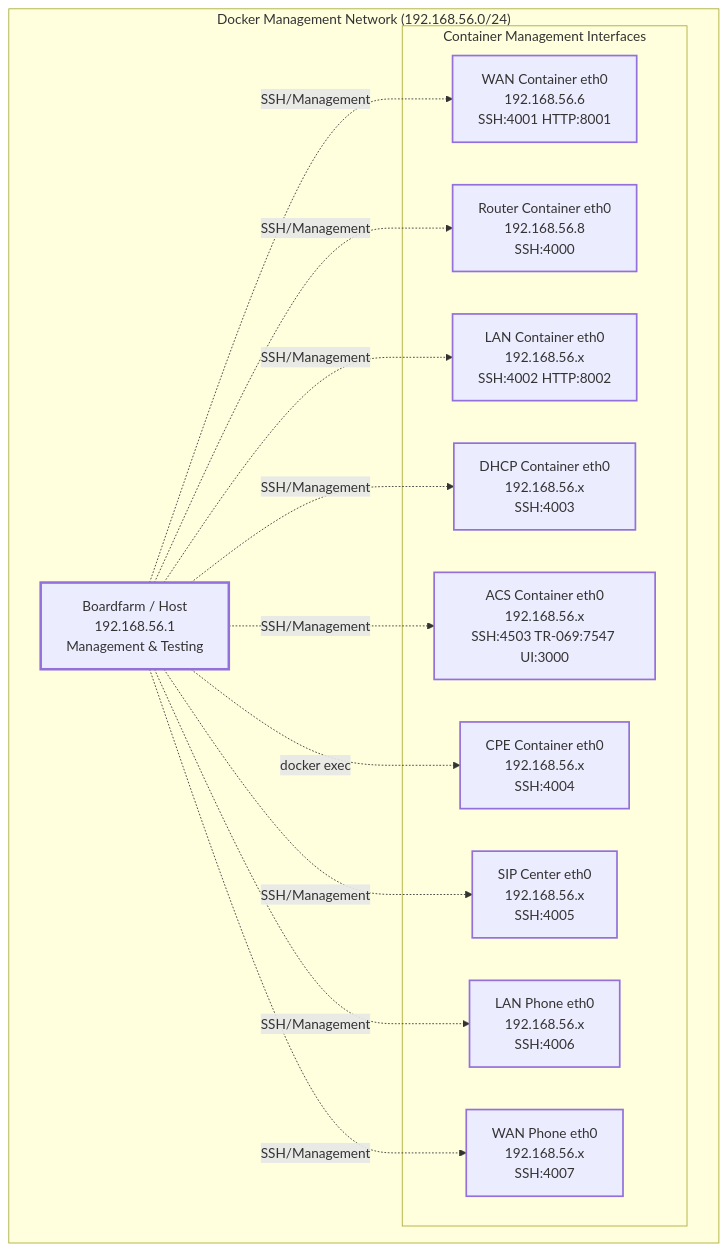
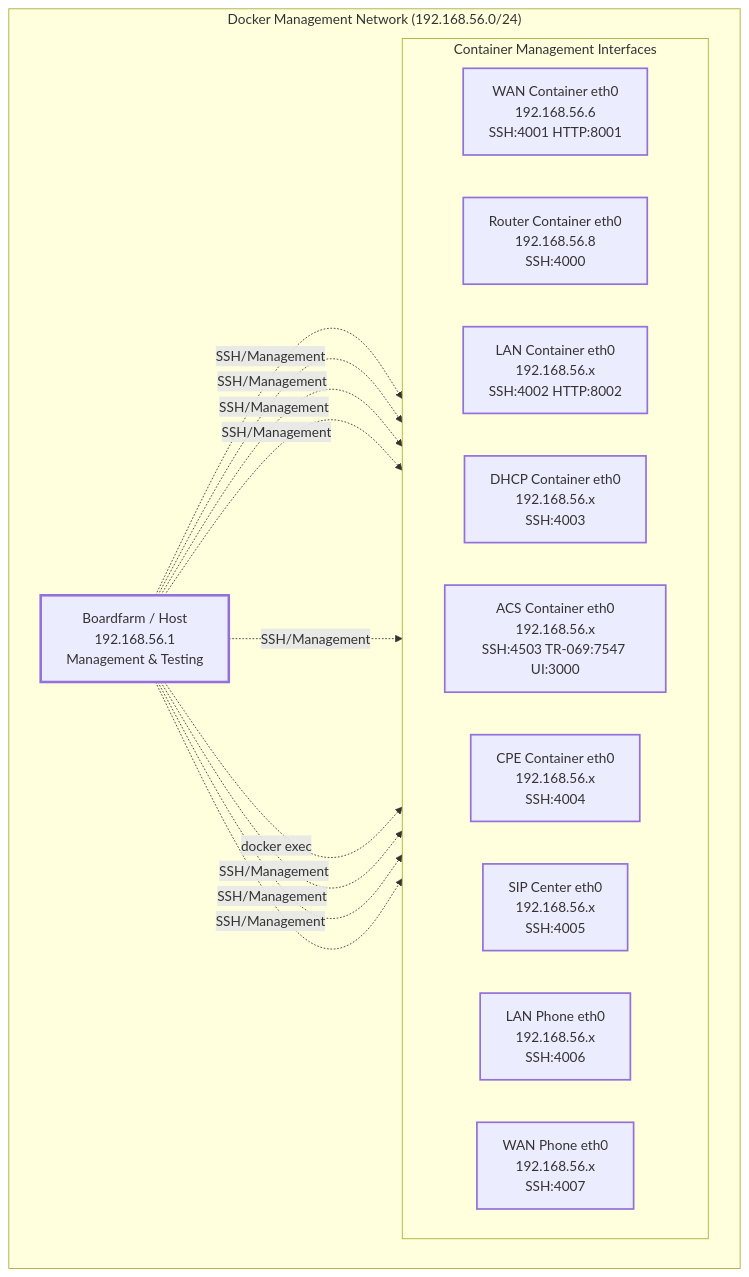
Before and after one commit to alottabits/boardfarm-bdd: the first of 2 diagrams in docs/Testbed Network Topology.md, drawn with Mermaid.

Commit message:
further enhancing the Network topology documentation

````diff
--- a/docs/Testbed Network Topology.md
+++ b/docs/Testbed Network Topology.md
@@ -40,36 +40,37 @@
 ```mermaid
 graph TB
     subgraph "Docker Management Network (192.168.56.0/24)"
         MGMT[Boardfarm / Host<br/>192.168.56.1<br/>Management & Testing]
         
         subgraph "Container Management Interfaces"
+            direction LR
             WAN_MGMT[WAN Container eth0<br/>192.168.56.6<br/>SSH:4001 HTTP:8001]
             ROUTER_MGMT[Router Container eth0<br/>192.168.56.8<br/>SSH:4000]
             LAN_MGMT[LAN Container eth0<br/>192.168.56.x<br/>SSH:4002 HTTP:8002]
             DHCP_MGMT[DHCP Container eth0<br/>192.168.56.x<br/>SSH:4003]
             ACS_MGMT[ACS Container eth0<br/>192.168.56.x<br/>SSH:4503 TR-069:7547 UI:3000]
             CPE_MGMT[CPE Container eth0<br/>192.168.56.x<br/>SSH:4004]
             SIP_MGMT[SIP Center eth0<br/>192.168.56.x<br/>SSH:4005]
             LAN_PHONE_MGMT[LAN Phone eth0<br/>192.168.56.x<br/>SSH:4006]
             WAN_PHONE_MGMT[WAN Phone eth0<br/>192.168.56.x<br/>SSH:4007]
         end
     end
     
     %% Management Connections
     MGMT -.->|SSH/Management| WAN_MGMT
     MGMT -.->|SSH/Management| ROUTER_MGMT
     MGMT -.->|SSH/Management| LAN_MGMT
     MGMT -.->|SSH/Management| DHCP_MGMT
     MGMT -.->|SSH/Management| ACS_MGMT
     MGMT -.->|docker exec| CPE_MGMT
     MGMT -.->|SSH/Management| SIP_MGMT
     MGMT -.->|SSH/Management| LAN_PHONE_MGMT
     MGMT -.->|SSH/Management| WAN_PHONE_MGMT
     
     %% Styling - Using default theme for automatic light/dark mode support
     classDef mgmt stroke-width:3px
     classDef management stroke-width:2px
     
     class MGMT mgmt
     class WAN_MGMT,ROUTER_MGMT,LAN_MGMT,DHCP_MGMT,ACS_MGMT,CPE_MGMT,SIP_MGMT,LAN_PHONE_MGMT,WAN_PHONE_MGMT management
 ```
````
